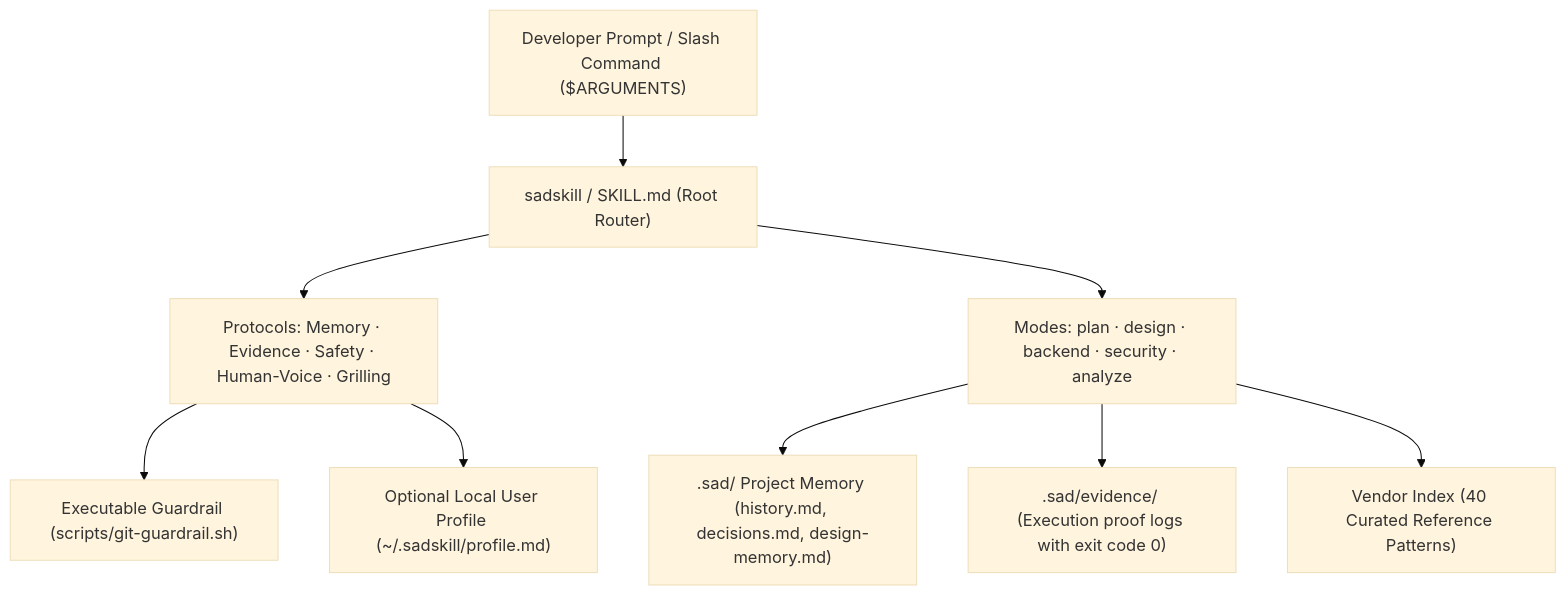
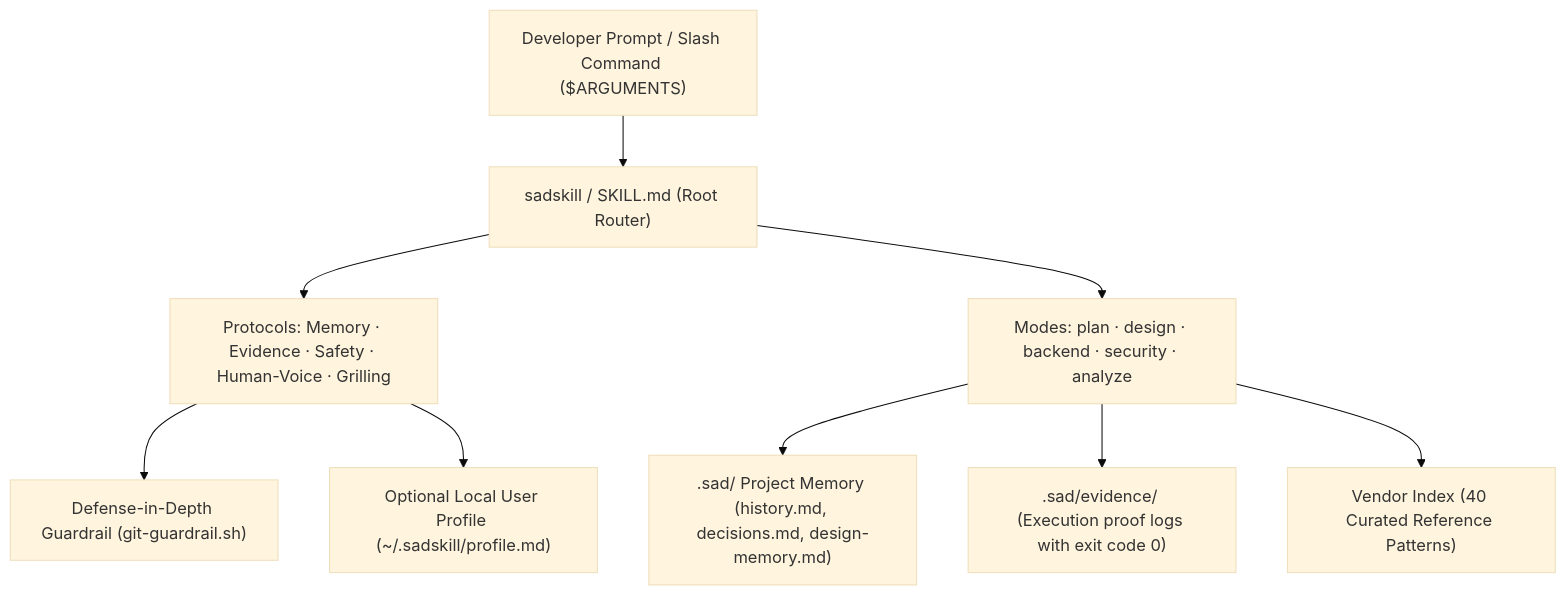
The diagram in README.md (Prarohi/sadskill), drawn with Mermaid (base theme) before and after one commit. The commit also changed other lines of this file and 13 other files, not shown here.

````diff
--- a/README.md
+++ b/README.md
@@ -56,11 +56,11 @@
 ```mermaid
 flowchart TD
     User["Developer Prompt / Slash Command ($ARGUMENTS)"] --> Router["sadskill / SKILL.md (Root Router)"]
     Router --> Protocols["Protocols: Memory · Evidence · Safety · Human-Voice · Grilling"]
     Router --> Modes["Modes: plan · design · backend · security · analyze"]
     Modes --> Memory[".sad/ Project Memory (history.md, decisions.md, design-memory.md)"]
     Modes --> Evidence[".sad/evidence/ (Execution proof logs with exit code 0)"]
     Modes --> VendorIndex["Vendor Index (40 Curated Reference Patterns)"]
-    Protocols --> Guardrails["Executable Guardrail (scripts/git-guardrail.sh)"]
+    Protocols --> Guardrails["Defense-in-Depth Guardrail (git-guardrail.sh)"]
     Protocols --> LocalProfile["Optional Local User Profile (~/.sadskill/profile.md)"]
 ```
````
